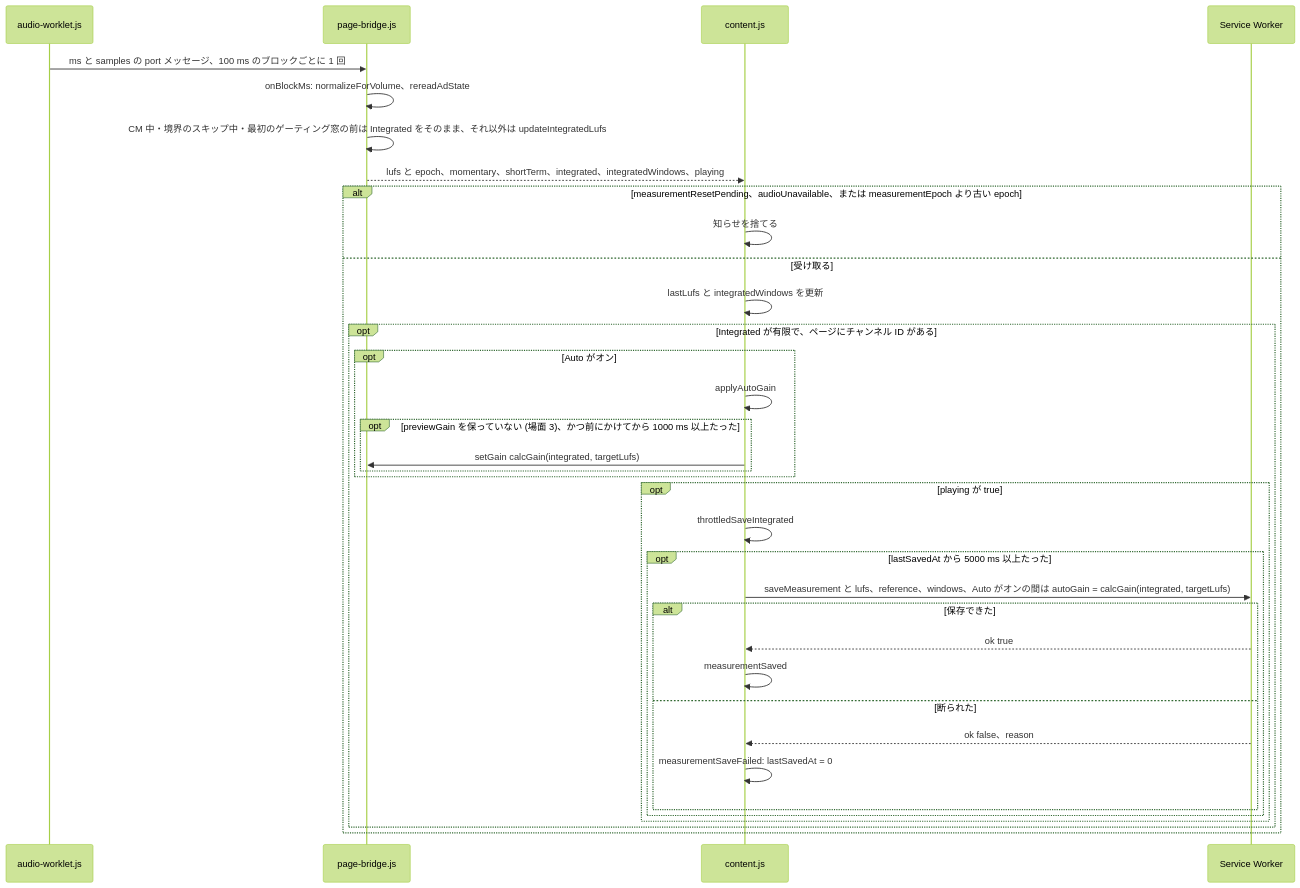
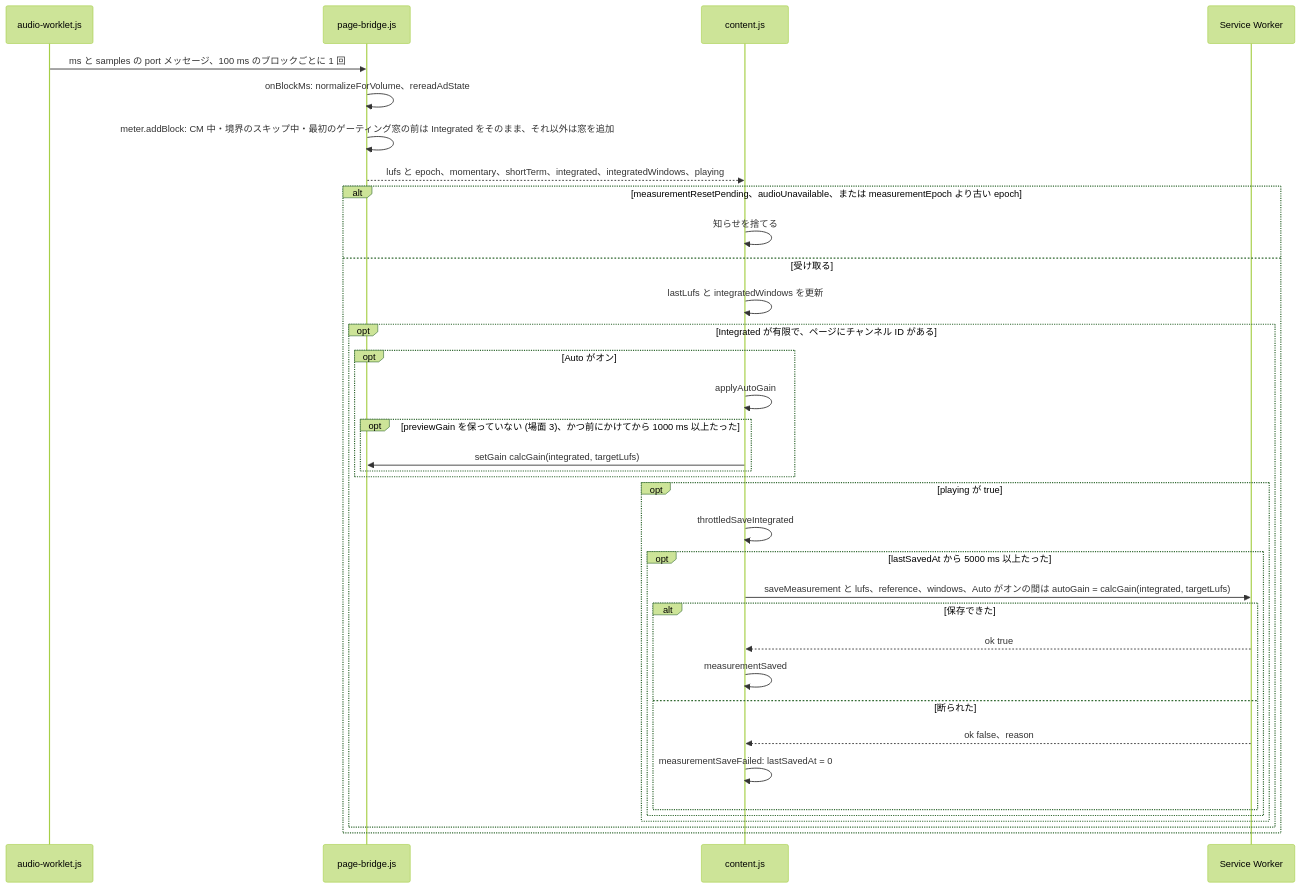
The eighth of 17 diagrams in docs/gain-change-and-save.ja.md (semnil/twitch-channel-volume), drawn with Mermaid (forest theme) before and after one commit. The commit also changed other lines of this file and 7 other files, not shown here.

Commit message:
refactor: measure through core/loudness.js's meter, loaded ahead of the page bridge, keeping the ad logic here

````diff
--- a/docs/gain-change-and-save.ja.md
+++ b/docs/gain-change-and-save.ja.md
@@ -371,37 +371,37 @@
 ```mermaid
 sequenceDiagram
   participant worklet as audio-worklet.js
   participant bridge as page-bridge.js
   participant content as content.js
   participant sw as Service Worker
   worklet->>bridge: ms と samples の port メッセージ、100 ms のブロックごとに 1 回
   bridge->>bridge: onBlockMs: normalizeForVolume、rereadAdState
-  bridge->>bridge: CM 中・境界のスキップ中・最初のゲーティング窓の前は Integrated をそのまま、それ以外は updateIntegratedLufs
+  bridge->>bridge: meter.addBlock: CM 中・境界のスキップ中・最初のゲーティング窓の前は Integrated をそのまま、それ以外は窓を追加
   bridge-->>content: lufs と epoch、momentary、shortTerm、integrated、integratedWindows、playing
   alt measurementResetPending、audioUnavailable、または measurementEpoch より古い epoch
     content->>content: 知らせを捨てる
   else 受け取る
     content->>content: lastLufs と integratedWindows を更新
     opt Integrated が有限で、ページにチャンネル ID がある
       opt Auto がオン
         content->>content: applyAutoGain
         opt previewGain を保っていない (場面 3)、かつ前にかけてから 1000 ms 以上たった
           content->>bridge: setGain calcGain(integrated, targetLufs)
         end
       end
       opt playing が true
         content->>content: throttledSaveIntegrated
         opt lastSavedAt から 5000 ms 以上たった
           content->>sw: saveMeasurement と lufs、reference、windows、Auto がオンの間は autoGain = calcGain(integrated, targetLufs)
           alt 保存できた
             sw-->>content: ok true
             content->>content: measurementSaved
           else 断られた
             sw-->>content: ok false、reason
             content->>content: measurementSaveFailed: lastSavedAt = 0
           end
         end
       end
     end
   end
 ```
````
